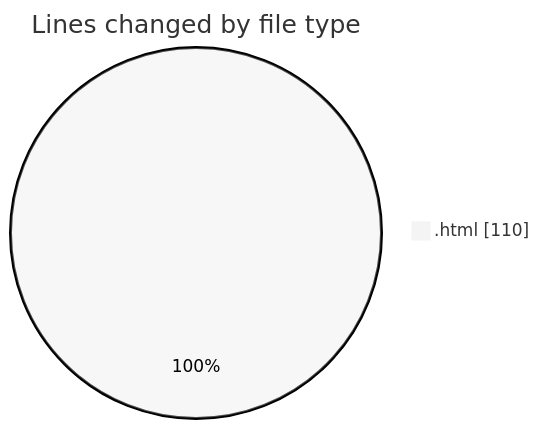
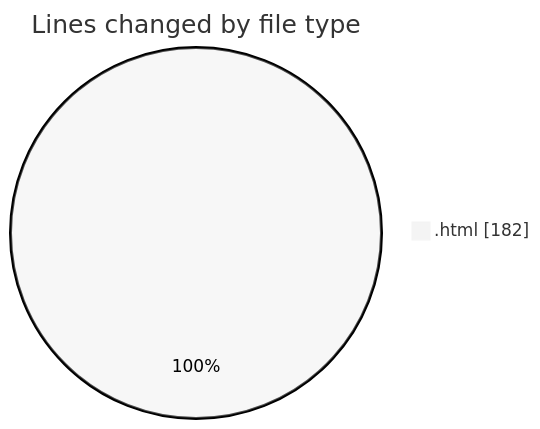
One commit to hasnaa123/code-tracking changed the first of 2 diagrams in 2025-12-23/technologie_web/README.md. Above: the diagram before and after it, drawn with Mermaid (neutral theme). The commit also changed other lines of this file and 1 other file, not shown here.

````diff
--- a/2025-12-23/technologie_web/README.md
+++ b/2025-12-23/technologie_web/README.md
@@ -20,5 +20,5 @@
 ```mermaid
 pie showData
 title Lines changed by file type
-".html" : 110
+".html" : 182
 ```
````
